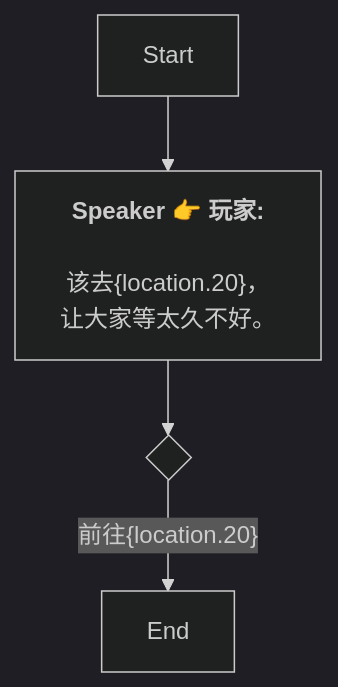
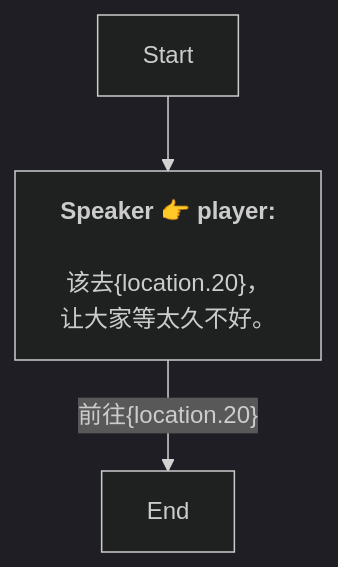
Before and after one commit to SoftHu/tos_avg: the diagram in Zh/QuestStartTalkENode_1741807069284794.md, drawn with Mermaid (dark theme). The commit also changed 737 other files, not shown here.

````diff
--- a/Zh/QuestStartTalkENode_1741807069284794.md
+++ b/Zh/QuestStartTalkENode_1741807069284794.md
@@ -1,10 +1,8 @@
 ```mermaid
 graph
-Start -->1741807087283645[<b>Speaker 👉 玩家:</b>
+Start -->1741807087283645[<b>Speaker 👉 player:</b>
+\n该去&lbrace;location.20&rbrace;，
+让大家等太久不好。]
+1741807087283645 -->|前往&lbrace;location.20&rbrace;|1741807120502209[End]
 
-该去&lbrace;location.20&rbrace;，
-让大家等太久不好。]
-1741807087283645 -->1741807109361086{ }
-1741807109361086 -->|前往&lbrace;location.20&rbrace;|1741807120502209[End]
-
- ```
+```
````
